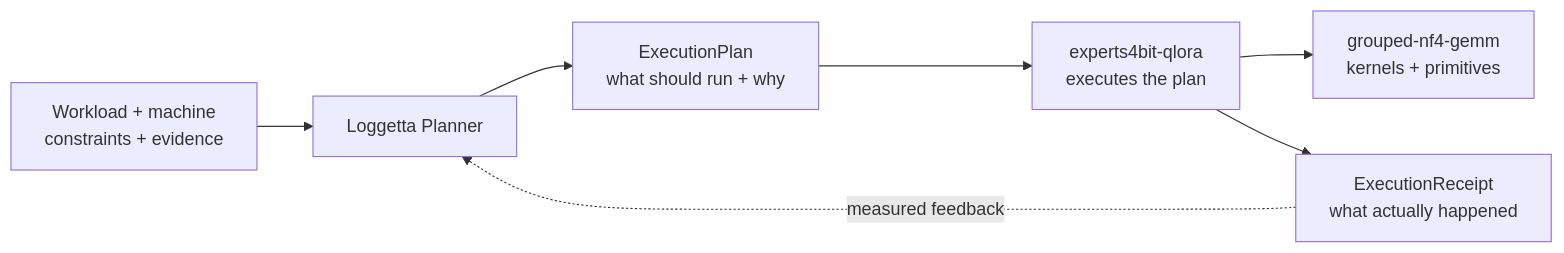
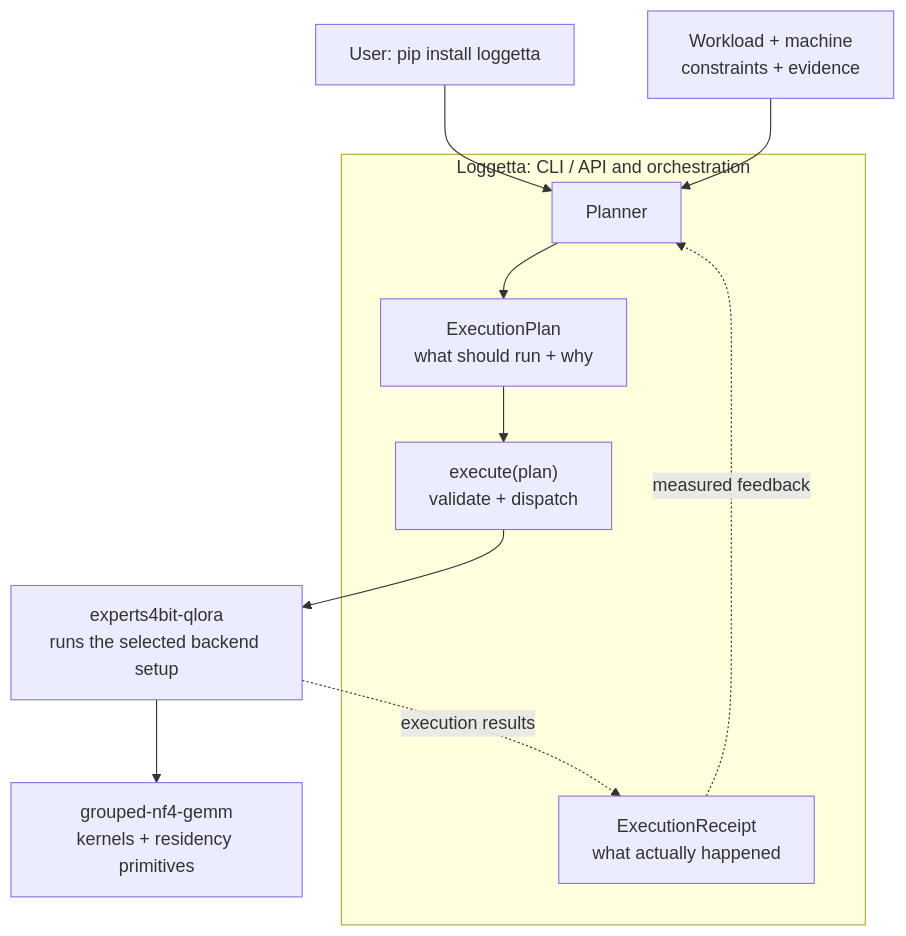
Before and after one commit to pjordanandrsn/loggetta: the diagram in README.md, drawn with Mermaid. The commit also changed other lines of this file, not shown here.

Commit message:
docs: lead with one-command full-stack install and Loggetta execution

````diff
--- a/README.md
+++ b/README.md
@@ -37,9 +108,13 @@
 ```mermaid
-flowchart LR
-    I["Workload + machine<br/>constraints + evidence"] --> P["Loggetta Planner"]
-    P --> X["ExecutionPlan<br/>what should run + why"]
-    X --> E["experts4bit-qlora<br/>executes the plan"]
-    E --> G["grouped-nf4-gemm<br/>kernels + primitives"]
-    E --> R["ExecutionReceipt<br/>what actually happened"]
-    R -. "measured feedback" .-> P
+flowchart TB
+    U["User: pip install loggetta"] --> P
+    I["Workload + machine<br/>constraints + evidence"] --> P
+    subgraph L["Loggetta: CLI / API and orchestration"]
+        P["Planner"] --> X["ExecutionPlan<br/>what should run + why"]
+        X --> O["execute(plan)<br/>validate + dispatch"]
+        R["ExecutionReceipt<br/>what actually happened"] -. "measured feedback" .-> P
+    end
+    O --> E["experts4bit-qlora<br/>runs the selected backend setup"]
+    E --> G["grouped-nf4-gemm<br/>kernels + residency primitives"]
+    E -. "execution results" .-> R
 ```
````
